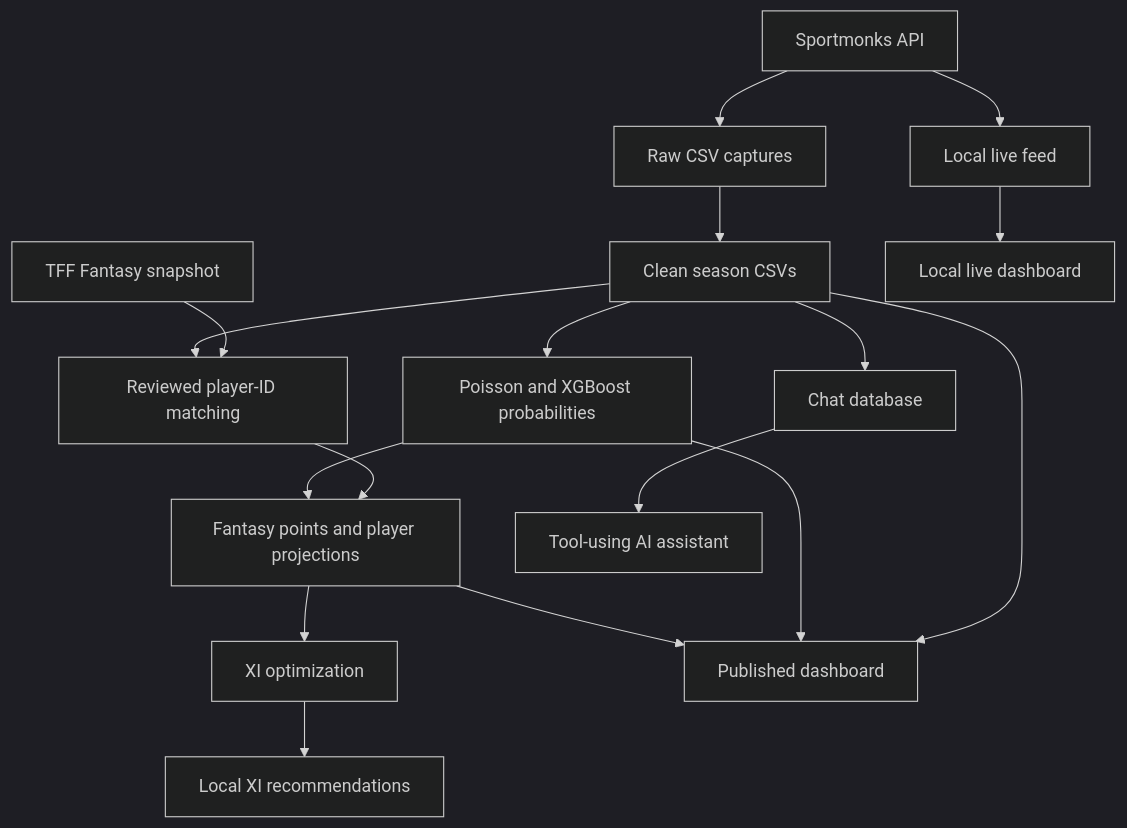
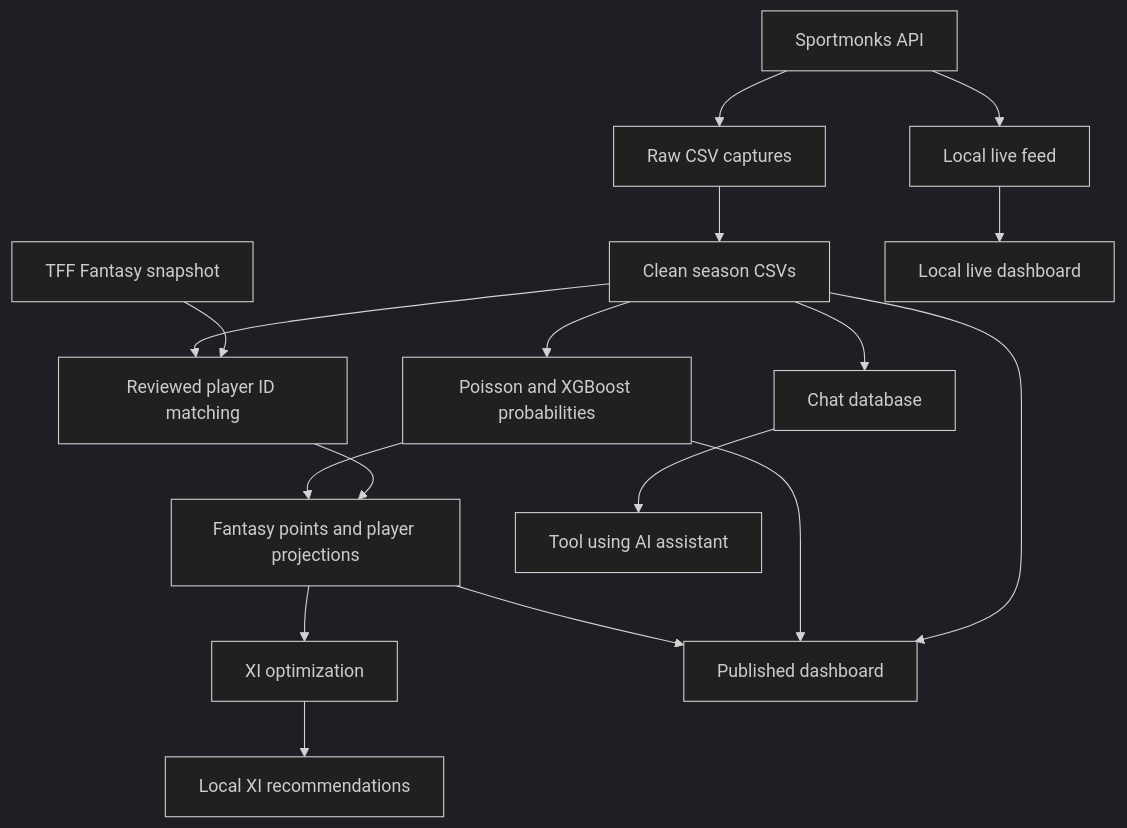
Before and after one commit to ygtcskn/fantasy-analysis-project: the diagram in README_old.md, drawn with Mermaid (dark theme). The commit also changed other lines of this file and 3 other files, not shown here.

````diff
--- a/README_old.md
+++ b/README_old.md
@@ -35,19 +33,19 @@
 ```mermaid
 flowchart TD
     SM[Sportmonks API] --> RAW[Raw CSV captures]
     RAW --> CLEAN[Clean season CSVs]
-    TFF[TFF Fantasy snapshot] --> ID[Reviewed player-ID matching]
+    TFF[TFF Fantasy snapshot] --> ID[Reviewed player ID matching]
     CLEAN --> ID
     ID --> POINTS[Fantasy points and player projections]
     CLEAN --> ODDS[Poisson and XGBoost probabilities]
     ODDS --> POINTS
     POINTS --> XI[XI optimization]
     CLEAN --> SITE[Published dashboard]
     ODDS --> SITE
     POINTS --> SITE
     XI --> RECS[Local XI recommendations]
     CLEAN --> CHATDB[Chat database]
-    CHATDB --> CHAT[Tool-using AI assistant]
+    CHATDB --> CHAT[Tool using AI assistant]
     SM --> LIVE[Local live feed]
     LIVE --> LOCAL[Local live dashboard]
 ```
````
